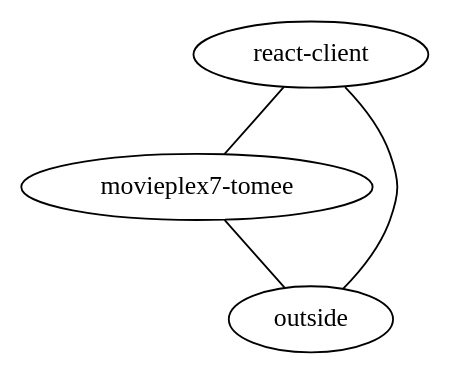
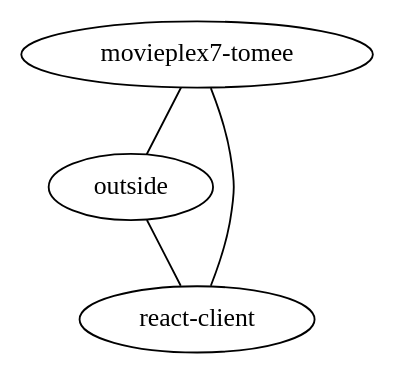
The diagram in System/examples-results/javaee/topology_graph.dot (tum-i4/attack-graph-generator), drawn with Graphviz before and after one commit. The commit also changed 21 other files, not shown here.

Commit message:
Readme modification, graph properties and time summary in main is added.

```diff
--- a/System/examples-results/javaee/topology_graph.dot
+++ b/System/examples-results/javaee/topology_graph.dot
@@ -1,9 +1,9 @@
 // Topology Graph
 graph {
-	"react-client"
 	"movieplex7-tomee"
 	outside
-	"react-client" -- "movieplex7-tomee" [contstraint=false]
+	"react-client"
+	"movieplex7-tomee" -- "react-client" [contstraint=false]
+	outside -- "react-client" [contstraint=false]
 	"movieplex7-tomee" -- outside [contstraint=false]
-	"react-client" -- outside [contstraint=false]
 }
```
